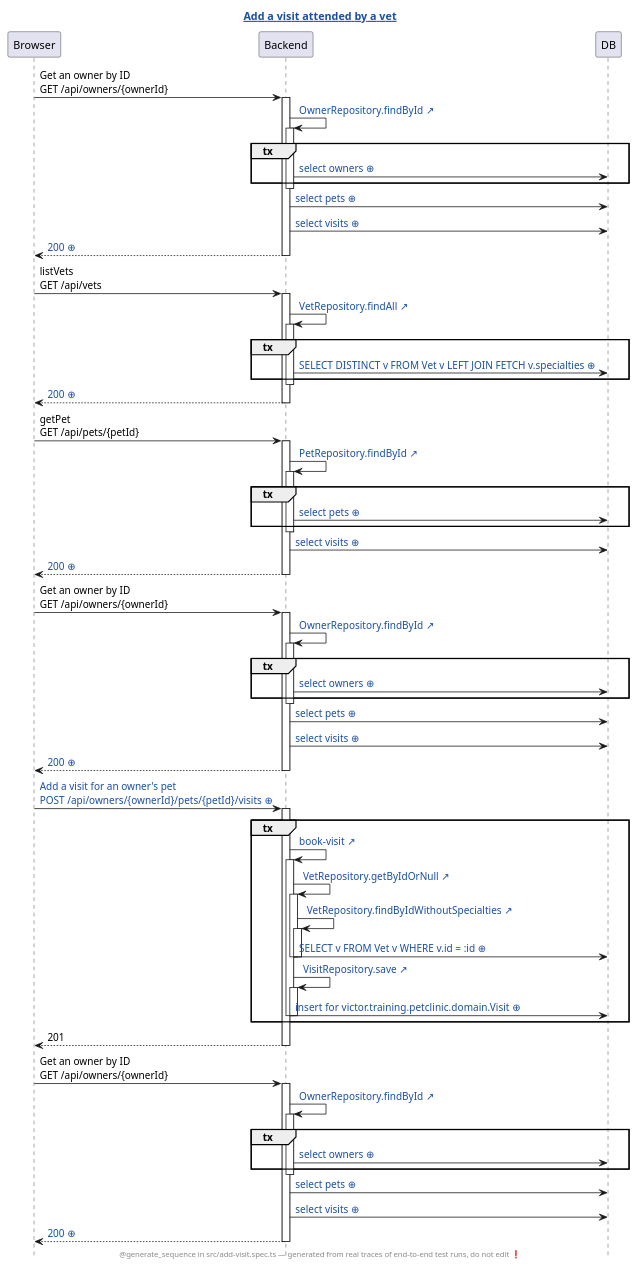
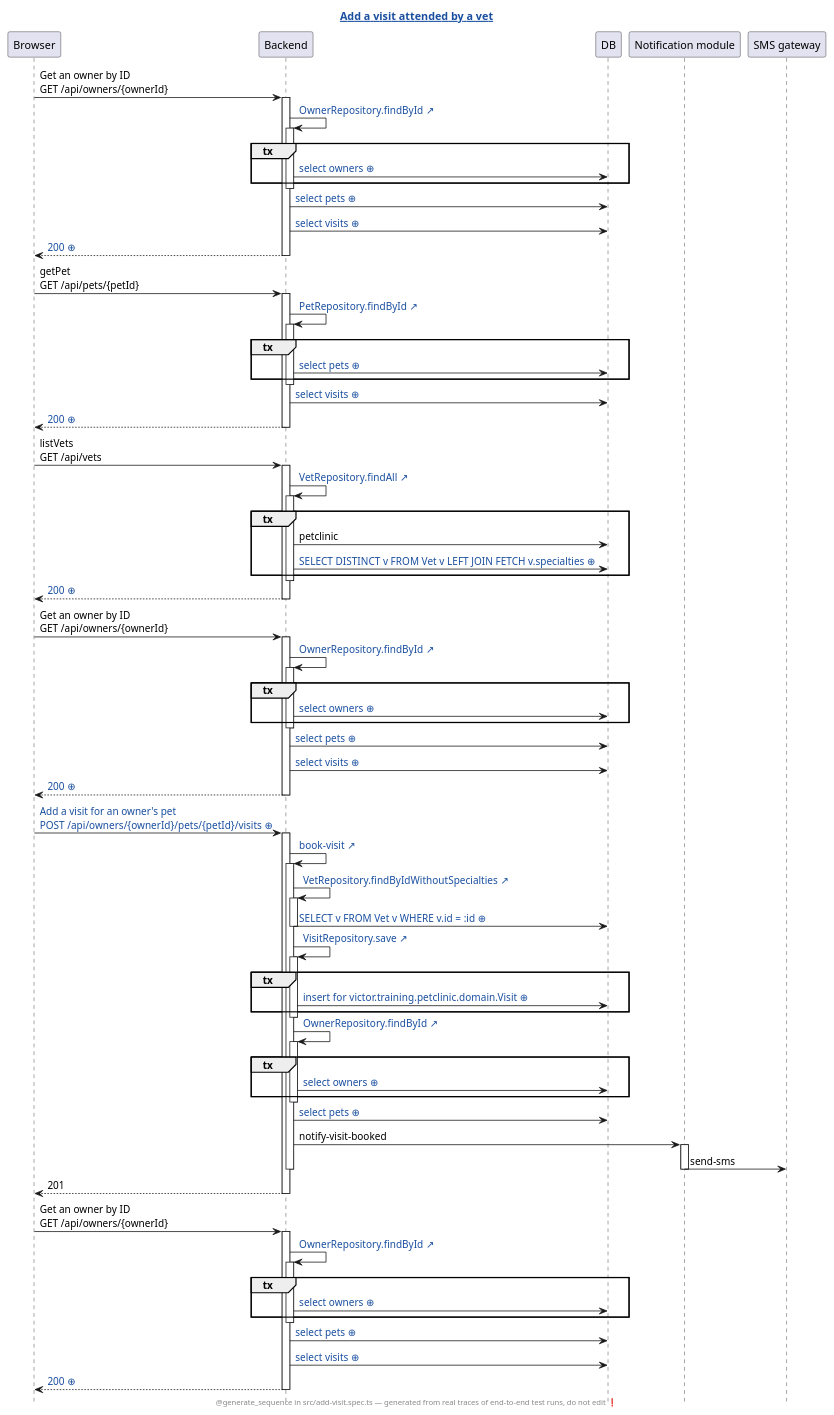
Before and after one commit to victorrentea/petclinic: the diagram in petclinic-test/generated/add-visit.spec.ts.add-a-visit-attended-by-a-vet.genseq.puml, drawn with PlantUML. The commit also changed 7 other files, not shown here.

First line of the commit message:
Record the sequence diagrams of the vet-linking tests

```diff
--- a/petclinic-test/generated/add-visit.spec.ts.add-a-visit-attended-by-a-vet.genseq.puml
+++ b/petclinic-test/generated/add-visit.spec.ts.add-a-visit-attended-by-a-vet.genseq.puml
@@ -1,88 +1,99 @@
 @startuml
 ' ⚠️  GENERATED FILE — DO NOT EDIT. Every edit is lost on the next run.
 hide footbox
 skinparam hyperlinkUnderline false
 skinparam hyperlinkColor #1A4FA0
-title [[src://petclinic-test/src/add-visit.spec.ts:52{Click to open the test} Add a visit attended by a vet]]
+title [[src://petclinic-test/src/add-visit.spec.ts:51{Click to open the test} Add a visit attended by a vet]]
 footer @generate_sequence in src/add-visit.spec.ts — generated from real traces of end-to-end test runs, do not edit ❗
 participant Browser
 participant Backend
 participant DB
+participant "Notification module"
+participant "SMS gateway"
 Browser -> Backend: Get an owner by ID\nGET /api/owners/{ownerId}
 activate Backend
 Backend -> Backend: [[src://petclinic-backend/src/main/java/victor/training/petclinic/repository/OwnerRepository.java:14{Click to open OwnerRepository.findById} OwnerRepository.findById ↗]]
 activate Backend
 group tx
-Backend -> DB: [[genseq://0totfe9{Click for the statement behind this call} select owners ⊕]]
+Backend -> DB: [[genseq://0x8aana{Click for the statement behind this call} select owners ⊕]]
 end
 deactivate Backend
-Backend -> DB: [[genseq://1hjadar{Click for the statement behind this call} select pets ⊕]]
-Backend -> DB: [[genseq://1bcshtp{Click for the statement behind this call} select visits ⊕]]
-Backend --> Browser: [[genseq://0ej9ixy{Click for this call’s JSON body} 200 ⊕]]
-deactivate Backend
-Browser -> Backend: listVets\nGET /api/vets
-activate Backend
-Backend -> Backend: [[src://petclinic-backend/src/main/java/victor/training/petclinic/repository/VetRepository.java:13{Click to open VetRepository.findAll} VetRepository.findAll ↗]]
-activate Backend
-group tx
-Backend -> DB: [[genseq://0p6yxbc{Click for the statement behind this call} SELECT DISTINCT v FROM Vet v LEFT JOIN FETCH v.specialties ⊕]]
-end
-deactivate Backend
-Backend --> Browser: [[genseq://1nmg2oo{Click for this call’s JSON body} 200 ⊕]]
+Backend -> DB: [[genseq://18567ho{Click for the statement behind this call} select pets ⊕]]
+Backend -> DB: [[genseq://1eq1h2q{Click for the statement behind this call} select visits ⊕]]
+Backend --> Browser: [[genseq://1rmwjnv{Click for this call’s JSON body} 200 ⊕]]
 deactivate Backend
 Browser -> Backend: getPet\nGET /api/pets/{petId}
 activate Backend
 Backend -> Backend: [[src://petclinic-backend/src/main/java/victor/training/petclinic/repository/PetRepository.java:16{Click to open PetRepository.findById} PetRepository.findById ↗]]
 activate Backend
 group tx
-Backend -> DB: [[genseq://0jw0huv{Click for the statement behind this call} select pets ⊕]]
+Backend -> DB: [[genseq://0y7w2ps{Click for the statement behind this call} select pets ⊕]]
 end
 deactivate Backend
-Backend -> DB: [[genseq://1bcshtp{Click for the statement behind this call} select visits ⊕]]
-Backend --> Browser: [[genseq://042b6zc{Click for this call’s JSON body} 200 ⊕]]
+Backend -> DB: [[genseq://1eq1h2q{Click for the statement behind this call} select visits ⊕]]
+Backend --> Browser: [[genseq://1ln6t59{Click for this call’s JSON body} 200 ⊕]]
+deactivate Backend
+Browser -> Backend: listVets\nGET /api/vets
+activate Backend
+Backend -> Backend: [[src://petclinic-backend/src/main/java/victor/training/petclinic/repository/VetRepository.java:12{Click to open VetRepository.findAll} VetRepository.findAll ↗]]
+activate Backend
+group tx
+Backend -> DB: petclinic
+Backend -> DB: [[genseq://0p6yxbc{Click for the statement behind this call} SELECT DISTINCT v FROM Vet v LEFT JOIN FETCH v.specialties ⊕]]
+end
+deactivate Backend
+Backend --> Browser: [[genseq://1nmg2oo{Click for this call’s JSON body} 200 ⊕]]
 deactivate Backend
 Browser -> Backend: Get an owner by ID\nGET /api/owners/{ownerId}
 activate Backend
 Backend -> Backend: [[src://petclinic-backend/src/main/java/victor/training/petclinic/repository/OwnerRepository.java:14{Click to open OwnerRepository.findById} OwnerRepository.findById ↗]]
 activate Backend
 group tx
-Backend -> DB: [[genseq://0totfe9{Click for the statement behind this call} select owners ⊕]]
+Backend -> DB: [[genseq://0x8aana{Click for the statement behind this call} select owners ⊕]]
 end
 deactivate Backend
-Backend -> DB: [[genseq://1hjadar{Click for the statement behind this call} select pets ⊕]]
-Backend -> DB: [[genseq://1bcshtp{Click for the statement behind this call} select visits ⊕]]
-Backend --> Browser: [[genseq://0ej9ixy{Click for this call’s JSON body} 200 ⊕]]
+Backend -> DB: [[genseq://18567ho{Click for the statement behind this call} select pets ⊕]]
+Backend -> DB: [[genseq://1eq1h2q{Click for the statement behind this call} select visits ⊕]]
+Backend --> Browser: [[genseq://16adhaf{Click for this call’s JSON body} 200 ⊕]]
 deactivate Backend
-Browser -> Backend: [[genseq://0qldusl{Click for this call’s JSON body} Add a visit for an owner's pet\nPOST /api/owners/{ownerId}/pets/{petId}/visits ⊕]]
+Browser -> Backend: [[genseq://00b2uqk{Click for this call’s JSON body} Add a visit for an owner's pet\nPOST /api/owners/{ownerId}/pets/{petId}/visits ⊕]]
 activate Backend
-group tx
-Backend -> Backend: [[src://petclinic-backend/src/main/java/victor/training/petclinic/rest/OwnerRestController.java:193{Click to open OwnerRestController.bookVisit} book-visit ↗]]
+Backend -> Backend: [[src://petclinic-backend/src/main/java/victor/training/petclinic/rest/OwnerRestController.java:188{Click to open OwnerRestController.bookVisit} book-visit ↗]]
 activate Backend
-Backend -> Backend: [[src://petclinic-backend/src/main/java/victor/training/petclinic/repository/VetRepository.java:29{Click to open VetRepository.getByIdOrNull} VetRepository.getByIdOrNull ↗]]
-activate Backend
-Backend -> Backend: [[src://petclinic-backend/src/main/java/victor/training/petclinic/repository/VetRepository.java:20{Click to open VetRepository.findByIdWithoutSpecialties} VetRepository.findByIdWithoutSpecialties ↗]]
+Backend -> Backend: [[src://petclinic-backend/src/main/java/victor/training/petclinic/repository/VetRepository.java:19{Click to open VetRepository.findByIdWithoutSpecialties} VetRepository.findByIdWithoutSpecialties ↗]]
 activate Backend
 Backend -> DB: [[genseq://0exss5m{Click for the statement behind this call} SELECT v FROM Vet v WHERE v.id = :id ⊕]]
 deactivate Backend
-deactivate Backend
 Backend -> Backend: [[src://petclinic-backend/src/main/java/victor/training/petclinic/repository/VisitRepository.java:14{Click to open VisitRepository.save} VisitRepository.save ↗]]
 activate Backend
-Backend -> DB: [[genseq://1xwkmut{Click for the statement behind this call} insert for victor.training.petclinic.domain.Visit ⊕]]
+group tx
+Backend -> DB: [[genseq://19kej06{Click for the statement behind this call} insert for victor.training.petclinic.domain.Visit ⊕]]
+end
 deactivate Backend
+Backend -> Backend: [[src://petclinic-backend/src/main/java/victor/training/petclinic/repository/OwnerRepository.java:14{Click to open OwnerRepository.findById} OwnerRepository.findById ↗]]
+activate Backend
+group tx
+Backend -> DB: [[genseq://0x8aana{Click for the statement behind this call} select owners ⊕]]
+end
 deactivate Backend
-end
+Backend -> DB: [[genseq://18567ho{Click for the statement behind this call} select pets ⊕]]
+Backend -> "Notification module": notify-visit-booked
+activate "Notification module"
+"Notification module" -> "SMS gateway": send-sms
+deactivate "Notification module"
+deactivate Backend
 Backend --> Browser: 201
 deactivate Backend
 Browser -> Backend: Get an owner by ID\nGET /api/owners/{ownerId}
 activate Backend
 Backend -> Backend: [[src://petclinic-backend/src/main/java/victor/training/petclinic/repository/OwnerRepository.java:14{Click to open OwnerRepository.findById} OwnerRepository.findById ↗]]
 activate Backend
 group tx
-Backend -> DB: [[genseq://0totfe9{Click for the statement behind this call} select owners ⊕]]
+Backend -> DB: [[genseq://0x8aana{Click for the statement behind this call} select owners ⊕]]
 end
 deactivate Backend
-Backend -> DB: [[genseq://1hjadar{Click for the statement behind this call} select pets ⊕]]
-Backend -> DB: [[genseq://1bcshtp{Click for the statement behind this call} select visits ⊕]]
-Backend --> Browser: [[genseq://13rmoxo{Click for this call’s JSON body} 200 ⊕]]
+Backend -> DB: [[genseq://18567ho{Click for the statement behind this call} select pets ⊕]]
+Backend -> DB: [[genseq://1eq1h2q{Click for the statement behind this call} select visits ⊕]]
+Backend --> Browser: [[genseq://061fsp2{Click for this call’s JSON body} 200 ⊕]]
 deactivate Backend
 @enduml
```
